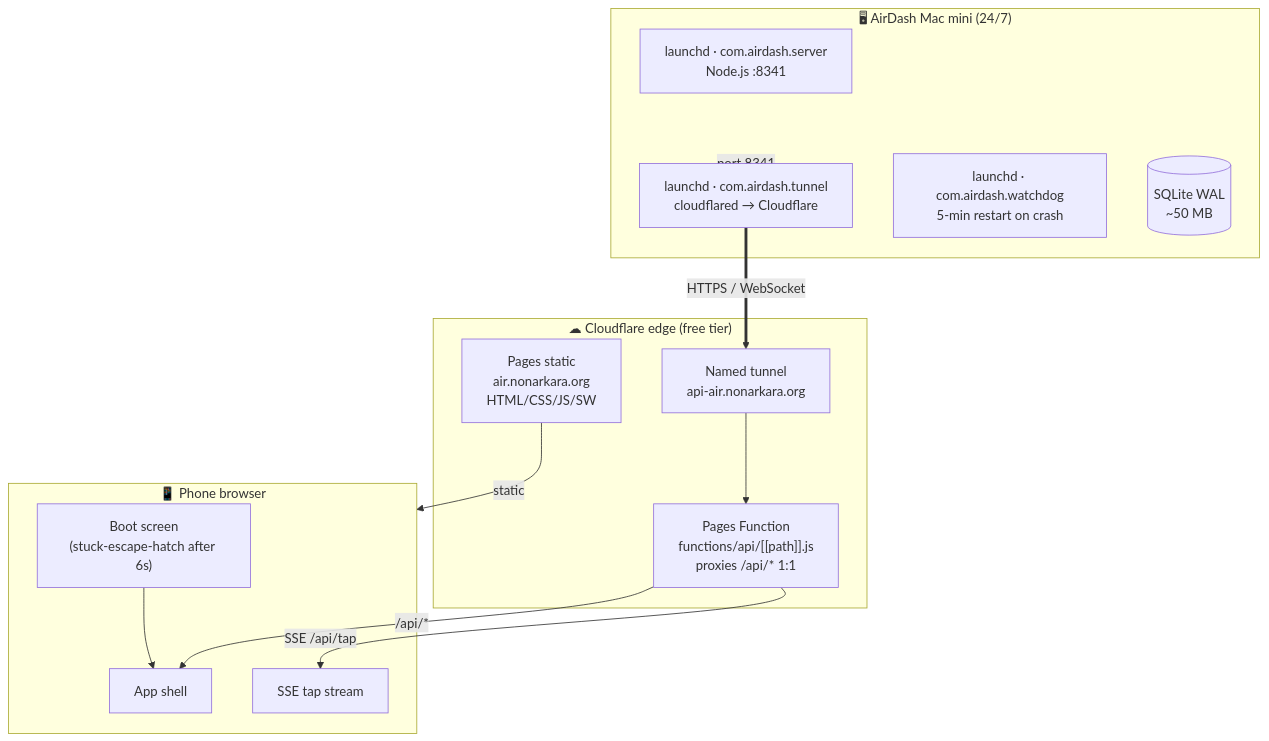
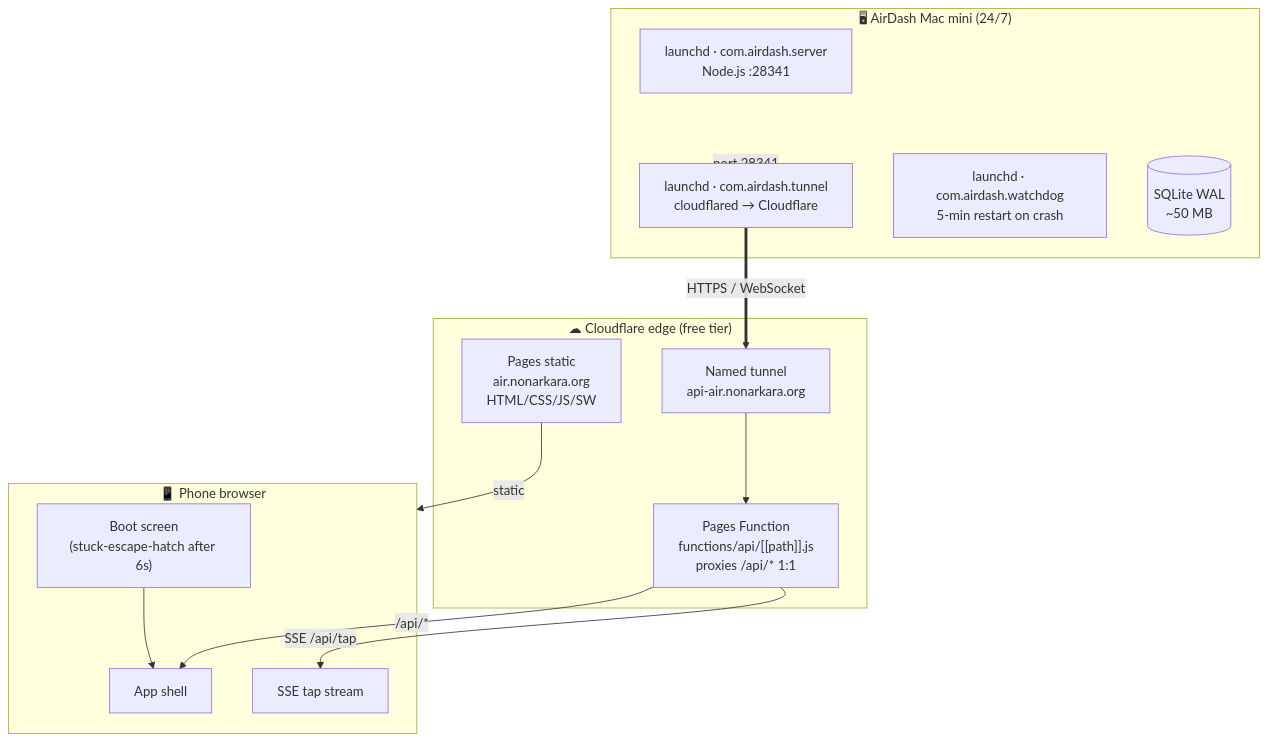
Before and after one commit to Nonarkara/airdash: the third of 5 diagrams in ARCHITECTURE.md, drawn with Mermaid. The commit also changed other lines of this file and 16 other files, not shown here.

````diff
--- a/ARCHITECTURE.md
+++ b/ARCHITECTURE.md
@@ -347,29 +347,29 @@
 ```mermaid
 flowchart TB
   subgraph MAC["🖥 AirDash Mac mini (24/7)"]
-    S1["launchd · com.airdash.server<br/>Node.js :8341"]
+    S1["launchd · com.airdash.server<br/>Node.js :28341"]
     S2["launchd · com.airdash.tunnel<br/>cloudflared → Cloudflare"]
     S3["launchd · com.airdash.watchdog<br/>5-min restart on crash"]
     SQL[("SQLite WAL<br/>~50 MB")]
   end
 
   subgraph CF["☁ Cloudflare edge (free tier)"]
     T1["Named tunnel<br/>api-air.nonarkara.org"]
     F1["Pages Function<br/>functions/api/[[path]].js<br/>proxies /api/* 1:1"]
     P1["Pages static<br/>air.nonarkara.org<br/>HTML/CSS/JS/SW"]
   end
 
   subgraph PHONE["📱 Phone browser"]
     B1["Boot screen<br/>(stuck-escape-hatch after 6s)"]
     B2["App shell"]
     B3["SSE tap stream"]
   end
 
-  MAC -- port 8341 --> S2
+  MAC -- port 28341 --> S2
   S2 == "HTTPS / WebSocket" ==> T1
   T1 --> F1
   P1 -- static --> PHONE
   F1 -- /api/* --> B2
   F1 -- "SSE /api/tap" --> B3
   B1 --> B2
 ```
````
